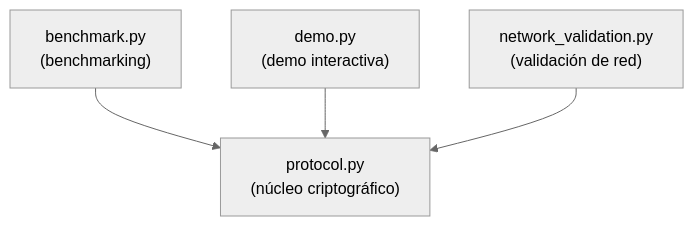
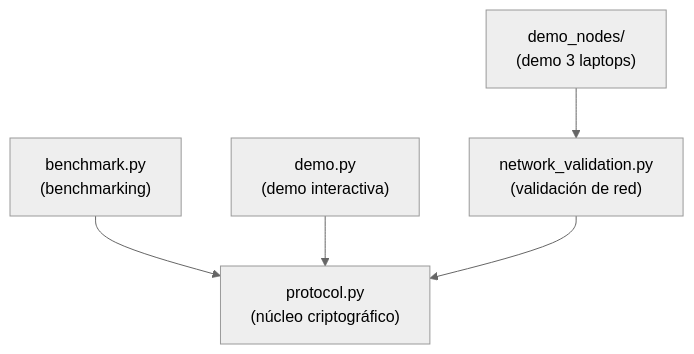
One commit to Jay210305/cryptography changed the diagram in docs/04_recorrido_codigo.md. Above: the diagram before and after it, drawn with Mermaid (neutral theme). The commit also changed other lines of this file and 10 other files, not shown here.

````diff
--- a/docs/04_recorrido_codigo.md
+++ b/docs/04_recorrido_codigo.md
@@ -404,11 +417,13 @@
 ```mermaid
 graph TD
     P["protocol.py\n(núcleo criptográfico)"]
     B["benchmark.py\n(benchmarking)"]
     D["demo.py\n(demo interactiva)"]
     N["network_validation.py\n(validación de red)"]
+    DN["demo_nodes/\n(demo 3 laptops)"]
 
     B --> P
     D --> P
     N --> P
+    DN --> N
 ```
````
